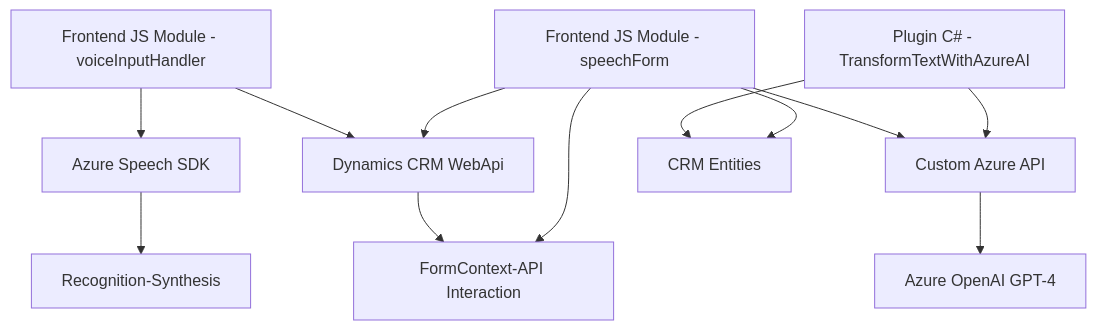
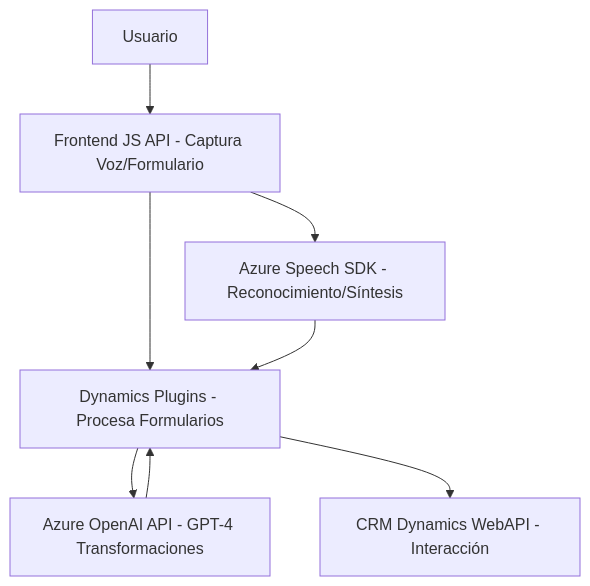
One commit to blopezdm/NETCORE_BILBAO2025 changed the diagram in README.md. Above: the diagram before and after it, drawn with Mermaid. The commit also changed other lines of this file, not shown here.

````diff
--- a/README.md
+++ b/README.md
@@ -46,14 +41,17 @@
 ```mermaid
 graph TD
-  A["Frontend JS Module - voiceInputHandler"] --> B["Azure Speech SDK"]
-  A --> C["Dynamics CRM WebApi"]
-  B --> D["Recognition-Synthesis"]
-  C --> E["FormContext-API Interaction"]
-  F["Frontend JS Module - speechForm"] --> C
-  F --> G["Custom Azure API"]
-  H["Plugin C# - TransformTextWithAzureAI"] --> G
-  G --> I["Azure OpenAI GPT-4"]
-  F --> E
-  H --> J["CRM Entities"]
-  F --> J
+    A["Frontend JS API - Captura Voz/Formulario"]
+    B["Azure Speech SDK - Reconocimiento/Síntesis"]
+    C["Dynamics Plugins - Procesa Formularios"]
+    D["Azure OpenAI API - GPT-4 Transformaciones"]
+    E["CRM Dynamics WebAPI - Interacción"]
+    F["Usuario"]
+
+    F --> A
+    A --> B
+    A --> C
+    B --> C
+    C --> D
+    C --> E
+    D --> C
 ```
````
